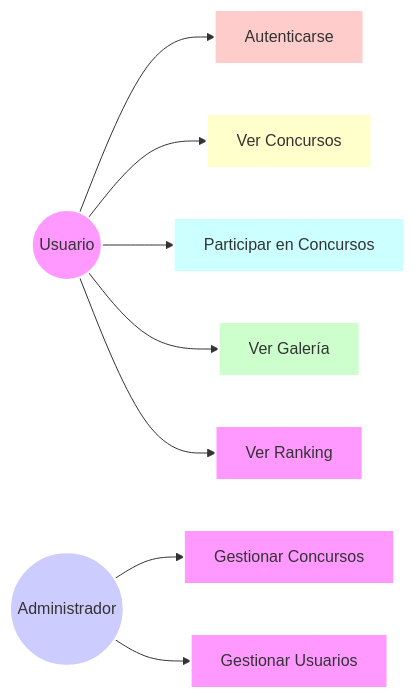
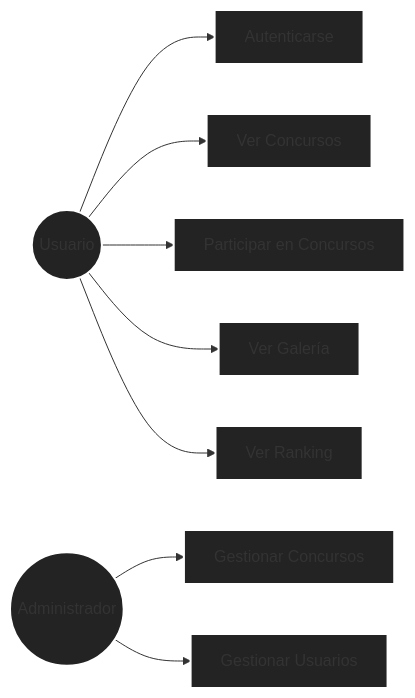
Before and after one commit to whejhe/Proyecto-Final-DAM: the second of 2 diagrams in DOCUMENTATION.md, drawn with Mermaid.

Commit message:
actualizar

````diff
--- a/DOCUMENTATION.md
+++ b/DOCUMENTATION.md
@@ -77,19 +77,19 @@
 ```mermaid
 graph LR
     A((Usuario)) --> B[Autenticarse];
     A --> C[Ver Concursos];
     A --> D[Participar en Concursos];
     A --> E[Ver Galería];
     A --> F[Ver Ranking];
     G((Administrador)) --> H[Gestionar Concursos];
     G --> I[Gestionar Usuarios];
-    style A fill:#f9f,stroke:#fff,stroke-width:2px
-    style G fill:#ccf,stroke:#fff,stroke-width:2px
-    style B fill:#fcc,stroke:#fff,stroke-width:2px
-    style C fill:#ffc,stroke:#fff,stroke-width:2px
-    style D fill:#cff,stroke:#fff,stroke-width:2px
-    style E fill:#cfc,stroke:#fff,stroke-width:2px
-    style F fill:#f9f,stroke:#fff,stroke-width:2px
-    style H fill:#f9f,stroke:#fff,stroke-width:2px
-    style I fill:#f9f,stroke:#fff,stroke-width:2px
+    style A fill:#232323,stroke:#fff,stroke-width:2px
+    style G fill:#232323,stroke:#fff,stroke-width:2px
+    style B fill:#232323,stroke:#fff,stroke-width:2px
+    style C fill:#232323,stroke:#fff,stroke-width:2px
+    style D fill:#232323,stroke:#fff,stroke-width:2px
+    style E fill:#232323,stroke:#fff,stroke-width:2px
+    style F fill:#232323,stroke:#fff,stroke-width:2px
+    style H fill:#232323,stroke:#fff,stroke-width:2px
+    style I fill:#232323,stroke:#fff,stroke-width:2px
 ```
````
